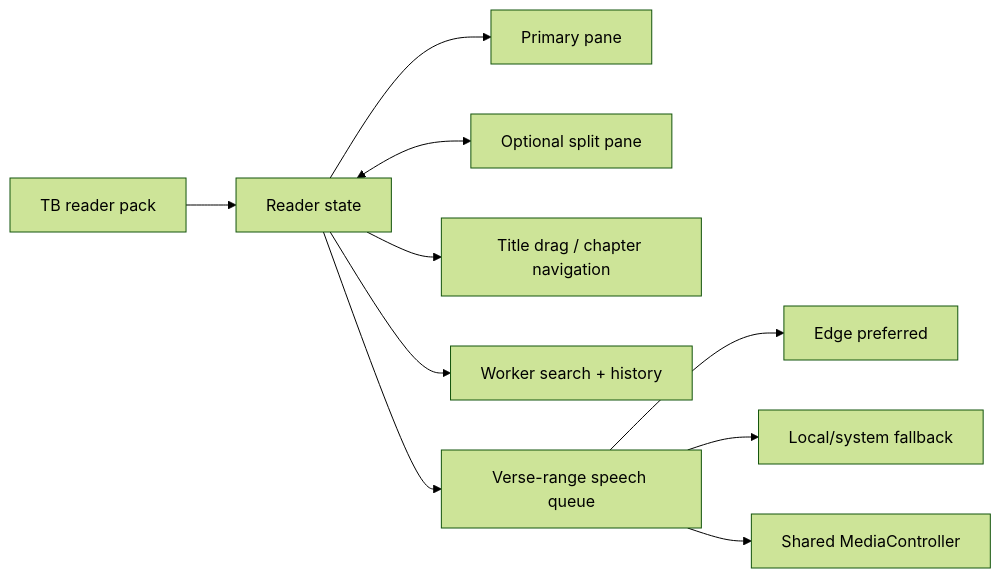
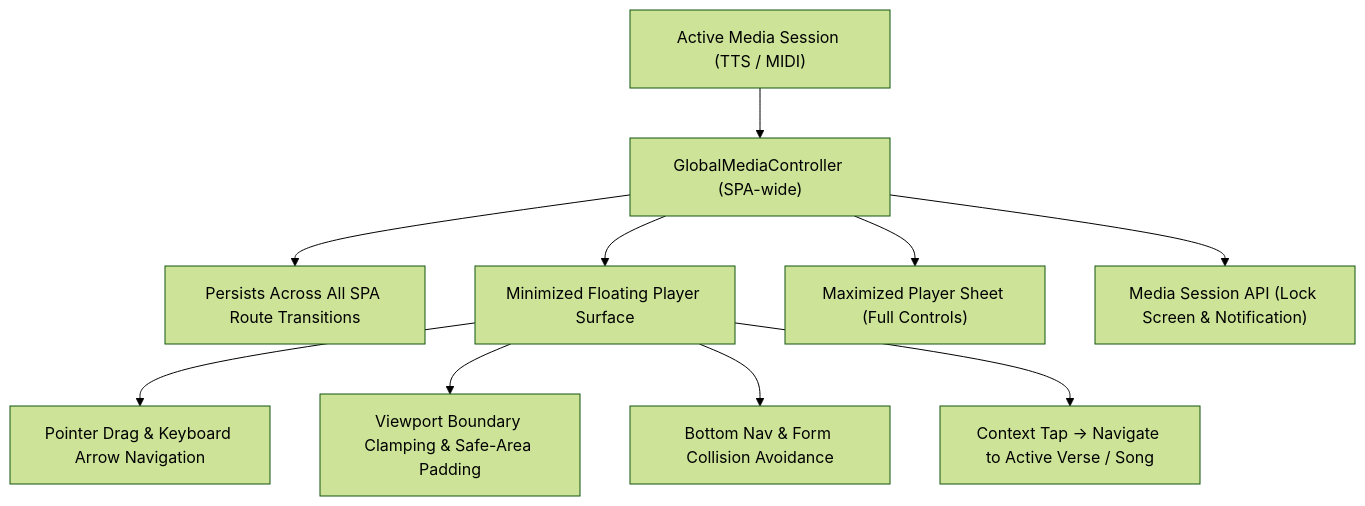
Before and after one commit to gyspnk/GYSApp-Tauri: diagram 15 of 21 in docs/architecture.md, drawn with Mermaid (forest theme). The commit also changed other lines of this file and 27 other files, not shown here.

Commit message:
feat: complete mobile worship hardening, quick goto drag navigation, synchronized split reading, and architecture documentation

````diff
--- a/docs/architecture.md
+++ b/docs/architecture.md
@@ -279,12 +349,12 @@
 ```mermaid
-flowchart LR
-  PACK["TB reader pack"] --> READER2["Reader state"]
-  READER2 --> PRIMARY["Primary pane"]
-  READER2 <--> SPLIT["Optional split pane"]
-  READER2 --> QUICK["Title drag / chapter navigation"]
-  READER2 --> SEARCH2["Worker search + history"]
-  READER2 --> SPEECH["Verse-range speech queue"]
-  SPEECH --> EDGE2["Edge preferred"]
-  SPEECH --> FALLBACK["Local/system fallback"]
-  SPEECH --> MEDIA["Shared MediaController"]
+flowchart TB
+  SESSION["Active Media Session (TTS / MIDI)"] --> CONTROLLER["GlobalMediaController (SPA-wide)"]
+  CONTROLLER --> ROUTE["Persists Across All SPA Route Transitions"]
+  CONTROLLER --> FLOAT["Minimized Floating Player Surface"]
+  FLOAT --> DRAG["Pointer Drag & Keyboard Arrow Navigation"]
+  FLOAT --> CLAMP["Viewport Boundary Clamping & Safe-Area Padding"]
+  FLOAT --> AVOID["Bottom Nav & Form Collision Avoidance"]
+  FLOAT --> BACK["Context Tap -> Navigate to Active Verse / Song"]
+  CONTROLLER --> MAX["Maximized Player Sheet (Full Controls)"]
+  CONTROLLER --> MEDIASESSION["Media Session API (Lock Screen & Notification)"]
 ```
````
